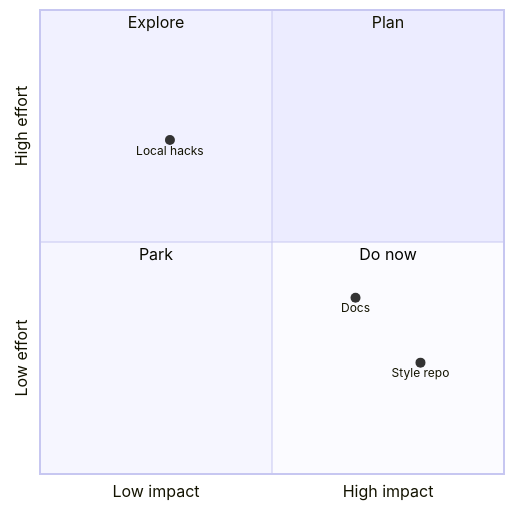
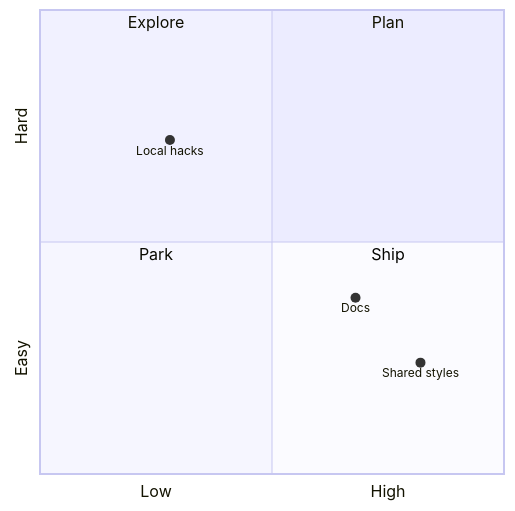
One commit to dosquartsdedocs/diavisuals changed the diagram in examples/benizar/mermaid/quadrantchart.mmd. Above: the diagram before and after it, drawn with Mermaid. The commit also changed 59 other files, not shown here.

Commit message:
Add modern diagram gallery support

```diff
--- a/examples/benizar/mermaid/quadrantchart.mmd
+++ b/examples/benizar/mermaid/quadrantchart.mmd
@@ -1,10 +1,10 @@
 quadrantChart
-    x-axis Low impact --> High impact
-    y-axis Low effort --> High effort
+    x-axis Low --> High
+    y-axis Easy --> Hard
     quadrant-1 Plan
     quadrant-2 Explore
     quadrant-3 Park
-    quadrant-4 Do now
-    Style repo: [0.82, 0.24]
+    quadrant-4 Ship
+    Shared styles: [0.82, 0.24]
     Local hacks: [0.28, 0.72]
     Docs: [0.68, 0.38]
```
